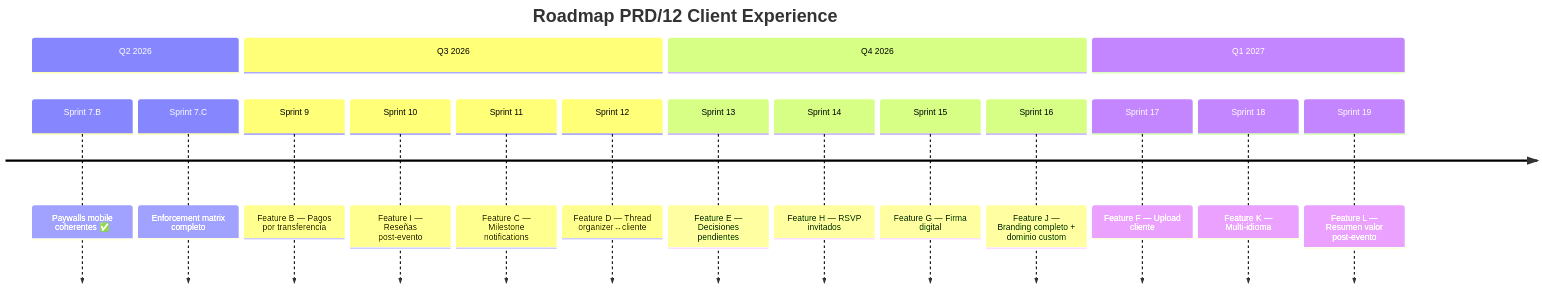
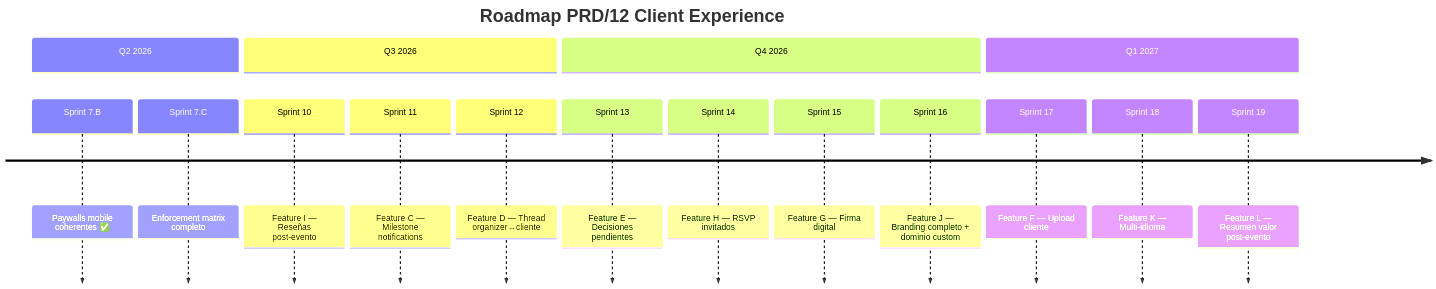
The second of 4 diagrams in docs/00_DASHBOARD.md (tiagofur/solennix), drawn with Mermaid before and after one commit. The commit also changed other lines of this file and 28 other files, not shown here.

````diff
--- a/docs/00_DASHBOARD.md
+++ b/docs/00_DASHBOARD.md
@@ -224,21 +224,20 @@
 ```mermaid
 timeline
     title Roadmap PRD/12 Client Experience
     section Q2 2026
         Sprint 7.B  : Paywalls mobile coherentes ✅
         Sprint 7.C  : Enforcement matrix completo
     section Q3 2026
-        Sprint 9  : Feature B — Pagos por transferencia
         Sprint 10 : Feature I — Reseñas post-evento
         Sprint 11 : Feature C — Milestone notifications
         Sprint 12 : Feature D — Thread organizer↔cliente
     section Q4 2026
         Sprint 13 : Feature E — Decisiones pendientes
         Sprint 14 : Feature H — RSVP invitados
         Sprint 15 : Feature G — Firma digital
         Sprint 16 : Feature J — Branding completo + dominio custom
     section Q1 2027
         Sprint 17 : Feature F — Upload cliente
         Sprint 18 : Feature K — Multi-idioma
         Sprint 19 : Feature L — Resumen valor post-evento
 ```
````
